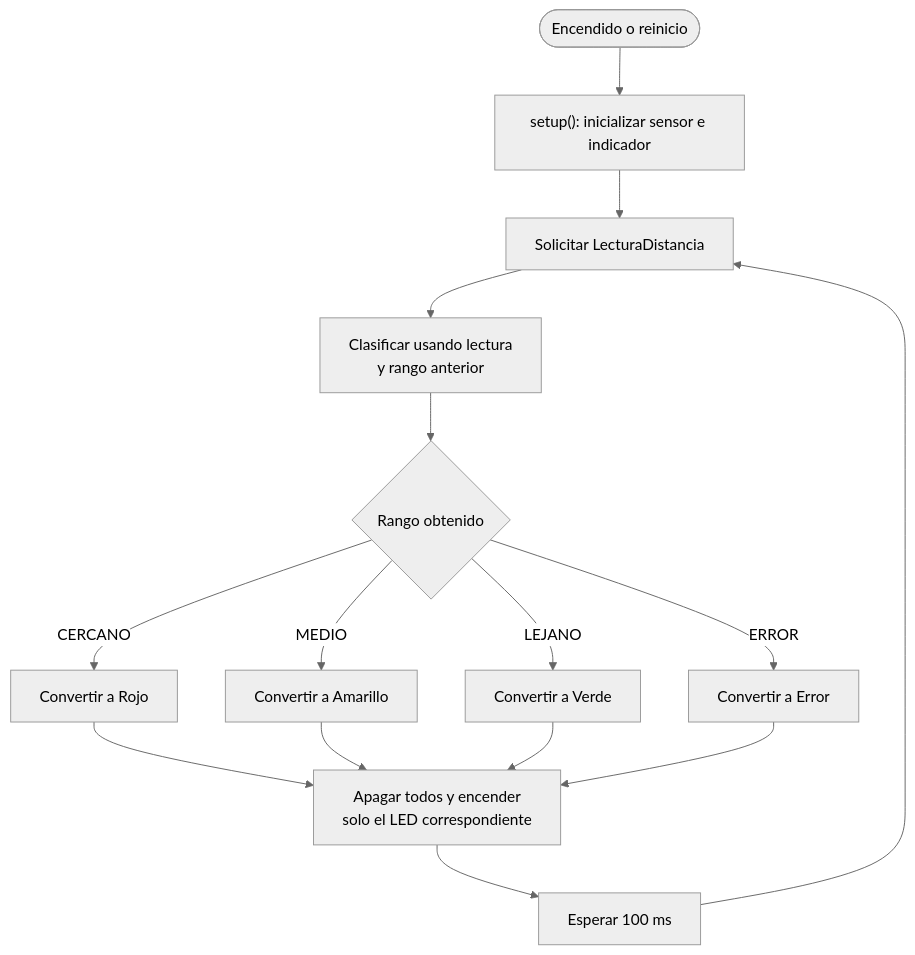
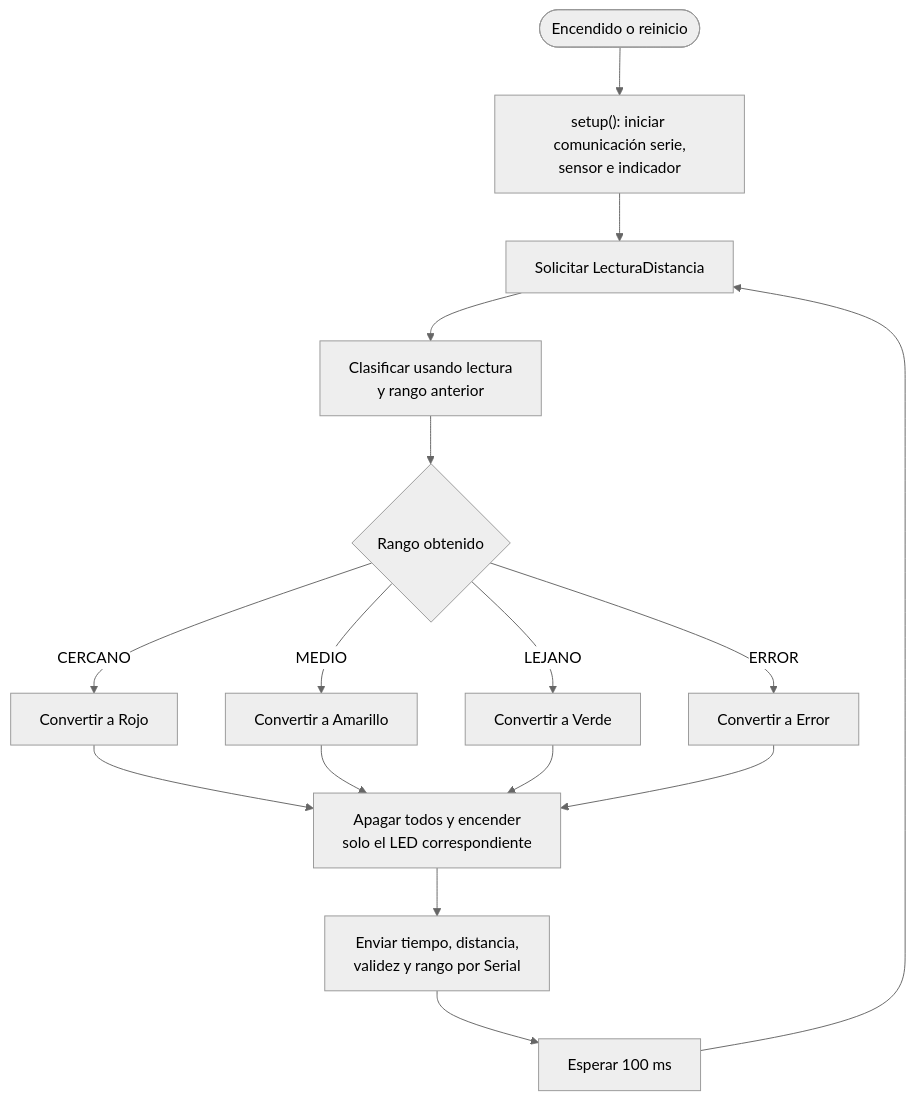
Before and after one commit to Ruben-Cordero/IoT-LEDs: the fourth of 5 diagrams in doc/informe.md, drawn with Mermaid (neutral theme). The commit also changed other lines of this file and 2 other files, not shown here.

```diff
--- a/doc/informe.md
+++ b/doc/informe.md
@@ -261,25 +265,26 @@
 ~~~mermaid
 flowchart TD
     START(["Encendido o reinicio"])
-    SETUP["setup(): inicializar sensor e indicador"]
+    SETUP["setup(): iniciar comunicación serie,<br/>sensor e indicador"]
     MEDIR["Solicitar LecturaDistancia"]
     CLASIFICAR["Clasificar usando lectura<br/>y rango anterior"]
     DECISION{"Rango obtenido"}
     CR["Convertir a Rojo"]
     CA["Convertir a Amarillo"]
     CV["Convertir a Verde"]
     CE["Convertir a Error"]
     MOSTRAR["Apagar todos y encender<br/>solo el LED correspondiente"]
+    REGISTRAR["Enviar tiempo, distancia,<br/>validez y rango por Serial"]
     ESPERAR["Esperar 100 ms"]
 
     START --> SETUP --> MEDIR --> CLASIFICAR --> DECISION
     DECISION -->|CERCANO| CR
     DECISION -->|MEDIO| CA
     DECISION -->|LEJANO| CV
     DECISION -->|"ERROR"| CE
     CR --> MOSTRAR
     CA --> MOSTRAR
     CV --> MOSTRAR
     CE --> MOSTRAR
-    MOSTRAR --> ESPERAR --> MEDIR
+    MOSTRAR --> REGISTRAR --> ESPERAR --> MEDIR
 ~~~
```
